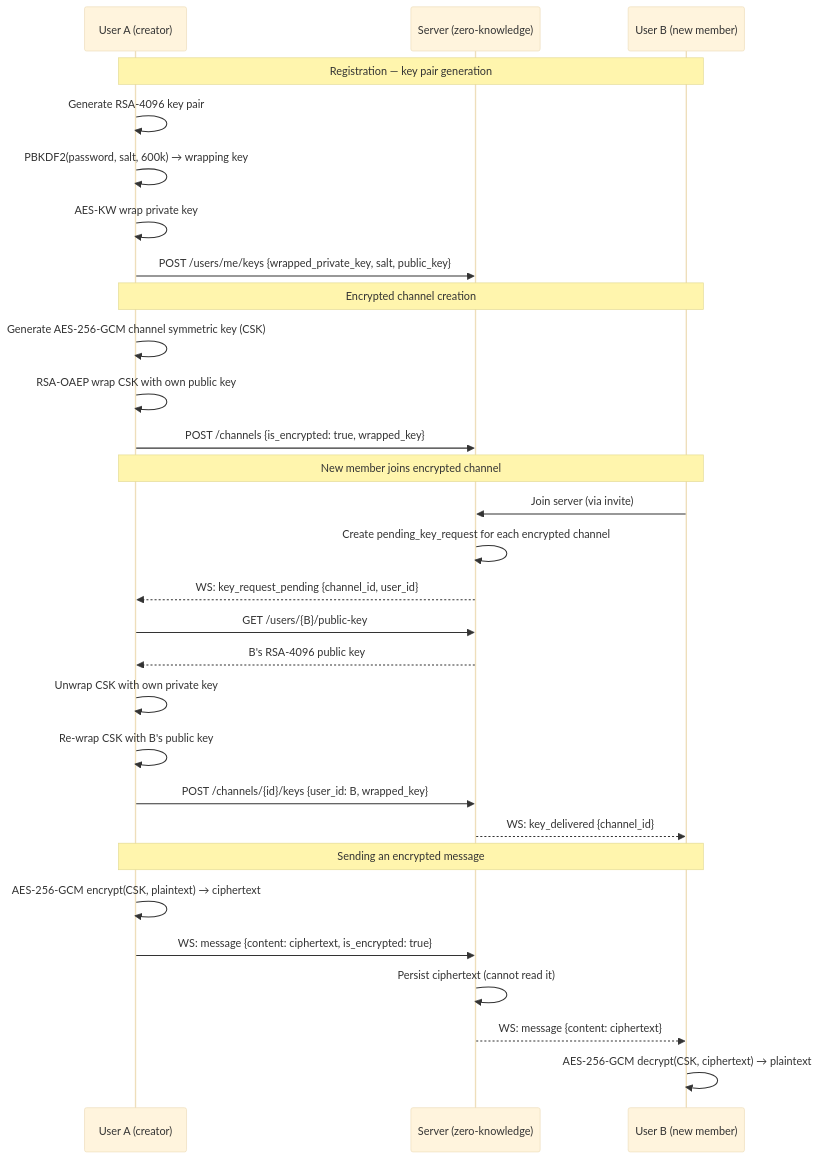
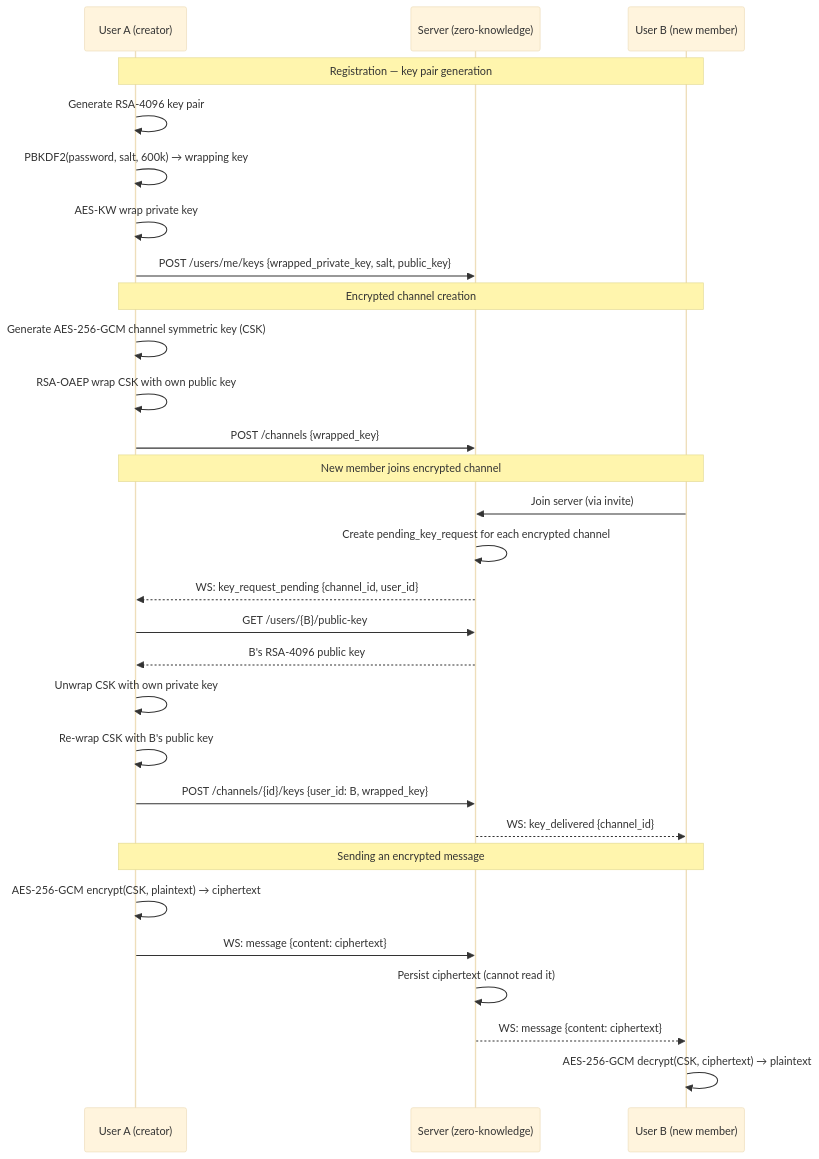
One commit to Concord-Voice/Self-Hosted changed the fifth of 5 diagrams in docs/architecture.md. Above: the diagram before and after it, drawn with Mermaid (base theme). The commit also changed other lines of this file, not shown here.

````diff
--- a/docs/architecture.md
+++ b/docs/architecture.md
@@ -668,35 +672,37 @@
 ```mermaid
 sequenceDiagram
     participant A as User A (creator)
     participant S as Server (zero-knowledge)
     participant B as User B (new member)
 
     Note over A,B: Registration — key pair generation
     A->>A: Generate RSA-4096 key pair
     A->>A: PBKDF2(password, salt, 600k) → wrapping key
     A->>A: AES-KW wrap private key
     A->>S: POST /users/me/keys {wrapped_private_key, salt, public_key}
 
     Note over A,B: Encrypted channel creation
     A->>A: Generate AES-256-GCM channel symmetric key (CSK)
     A->>A: RSA-OAEP wrap CSK with own public key
-    A->>S: POST /channels {is_encrypted: true, wrapped_key}
+    A->>S: POST /channels {wrapped_key}
+    %% Note: is_encrypted field removed from client in #1024; backend (#1025) still accepts it for active v0.1.36 client compatibility during the adoption gate
 
     Note over A,B: New member joins encrypted channel
     B->>S: Join server (via invite)
     S->>S: Create pending_key_request for each encrypted channel
     S-->>A: WS: key_request_pending {channel_id, user_id}
     A->>S: GET /users/{B}/public-key
     S-->>A: B's RSA-4096 public key
     A->>A: Unwrap CSK with own private key
     A->>A: Re-wrap CSK with B's public key
     A->>S: POST /channels/{id}/keys {user_id: B, wrapped_key}
     S-->>B: WS: key_delivered {channel_id}
 
     Note over A,B: Sending an encrypted message
     A->>A: AES-256-GCM encrypt(CSK, plaintext) → ciphertext
-    A->>S: WS: message {content: ciphertext, is_encrypted: true}
+    A->>S: WS: message {content: ciphertext}
+    %% Note: is_encrypted field removed from client in #1024; backend (#1025) still accepts it for active v0.1.36 client compatibility during the adoption gate
     S->>S: Persist ciphertext (cannot read it)
     S-->>B: WS: message {content: ciphertext}
     B->>B: AES-256-GCM decrypt(CSK, ciphertext) → plaintext
 ```
````
